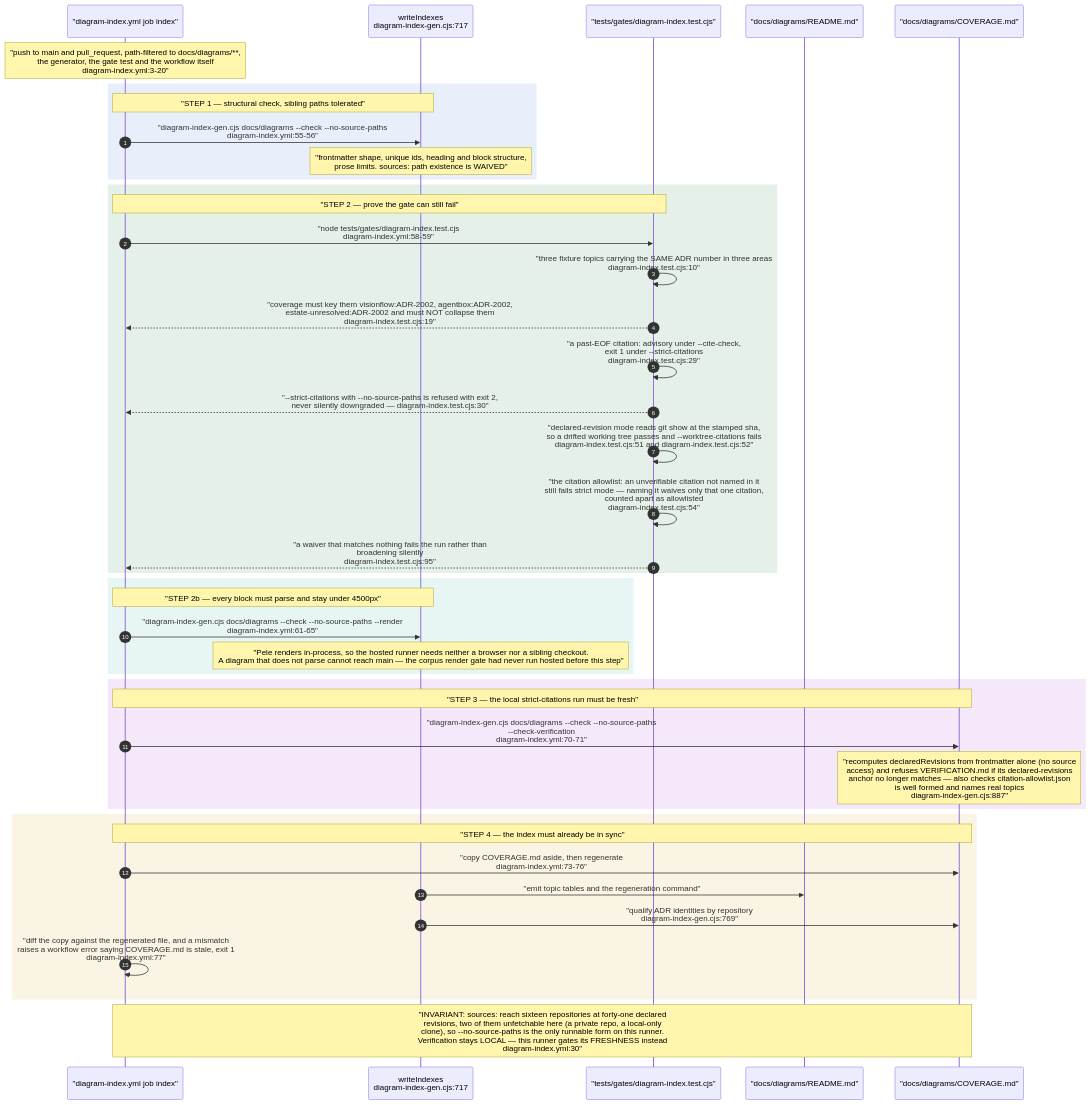
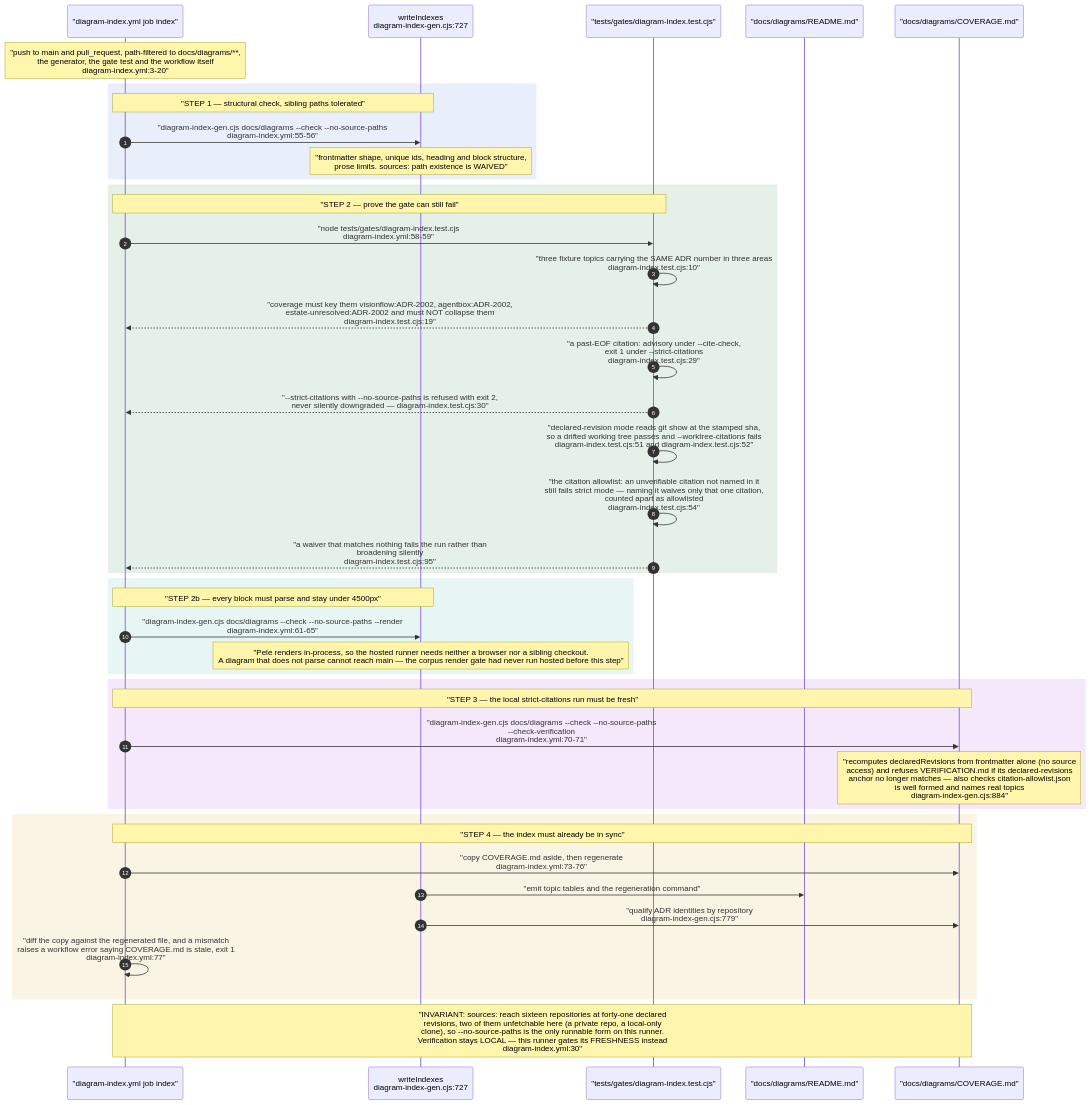
Diagram 12 of 15 in docs/diagrams/visionflow/06-diagram-tooling.md (DreamLab-AI/VisionFlow), drawn with Mermaid before and after one commit. The commit also changed other lines of this file and 142 other files, not shown here.

First line of the commit message:
docs(diagrams): one System One route; re-verify 140 topics at today's heads

````diff
--- a/docs/diagrams/visionflow/06-diagram-tooling.md
+++ b/docs/diagrams/visionflow/06-diagram-tooling.md
@@ -362,51 +363,51 @@
 ```mermaid
 sequenceDiagram
     autonumber
     participant CI as "diagram-index.yml job index"
-    participant G as writeIndexes<br/>diagram-index-gen.cjs:717
+    participant G as writeIndexes<br/>diagram-index-gen.cjs:727
     participant T as "tests/gates/diagram-index.test.cjs"
     participant RM as "docs/diagrams/README.md"
     participant CV as "docs/diagrams/COVERAGE.md"
 
     Note over CI: "push to main and pull_request, path-filtered to docs/diagrams/**,<br/>the generator, the gate test and the workflow itself<br/>diagram-index.yml:3-20"
 
     rect rgb(232, 238, 250)
     Note over CI,G: "STEP 1 — structural check, sibling paths tolerated"
     CI->>G: "diagram-index-gen.cjs docs/diagrams --check --no-source-paths<br/>diagram-index.yml:55-56"
     Note over G: "frontmatter shape, unique ids, heading and block structure,<br/>prose limits. sources: path existence is WAIVED"
     end
 
     rect rgb(228, 240, 232)
     Note over CI,T: "STEP 2 — prove the gate can still fail"
     CI->>T: "node tests/gates/diagram-index.test.cjs<br/>diagram-index.yml:58-59"
     T->>T: "three fixture topics carrying the SAME ADR number in three areas<br/>diagram-index.test.cjs:10"
     T-->>CI: "coverage must key them visionflow:ADR-2002, agentbox:ADR-2002,<br/>estate-unresolved:ADR-2002 and must NOT collapse them<br/>diagram-index.test.cjs:19"
     T->>T: "a past-EOF citation: advisory under --cite-check,<br/>exit 1 under --strict-citations<br/>diagram-index.test.cjs:29"
     T-->>CI: "--strict-citations with --no-source-paths is refused with exit 2,<br/>never silently downgraded — diagram-index.test.cjs:30"
     T->>T: "declared-revision mode reads git show at the stamped sha,<br/>so a drifted working tree passes and --worktree-citations fails<br/>diagram-index.test.cjs:51 and diagram-index.test.cjs:52"
     T->>T: "the citation allowlist: an unverifiable citation not named in it<br/>still fails strict mode — naming it waives only that one citation,<br/>counted apart as allowlisted<br/>diagram-index.test.cjs:54"
     T-->>CI: "a waiver that matches nothing fails the run rather than<br/>broadening silently<br/>diagram-index.test.cjs:95"
     end
 
     rect rgb(232, 245, 245)
     Note over CI,G: "STEP 2b — every block must parse and stay under 4500px"
     CI->>G: "diagram-index-gen.cjs docs/diagrams --check --no-source-paths --render<br/>diagram-index.yml:61-65"
     Note over G: "Pele renders in-process, so the hosted runner needs neither a browser nor a sibling checkout.<br/>A diagram that does not parse cannot reach main — the corpus render gate had never run hosted before this step"
     end
 
     rect rgb(245, 232, 250)
     Note over CI,CV: "STEP 3 — the local strict-citations run must be fresh"
     CI->>CV: "diagram-index-gen.cjs docs/diagrams --check --no-source-paths<br/>--check-verification<br/>diagram-index.yml:70-71"
-    Note over CV: "recomputes declaredRevisions from frontmatter alone (no source<br/>access) and refuses VERIFICATION.md if its declared-revisions<br/>anchor no longer matches — also checks citation-allowlist.json<br/>is well formed and names real topics<br/>diagram-index-gen.cjs:887"
+    Note over CV: "recomputes declaredRevisions from frontmatter alone (no source<br/>access) and refuses VERIFICATION.md if its declared-revisions<br/>anchor no longer matches — also checks citation-allowlist.json<br/>is well formed and names real topics<br/>diagram-index-gen.cjs:884"
     end
 
     rect rgb(250, 244, 228)
     Note over CI,CV: "STEP 4 — the index must already be in sync"
     CI->>CV: "copy COVERAGE.md aside, then regenerate<br/>diagram-index.yml:73-76"
     G->>RM: "emit topic tables and the regeneration command"
-    G->>CV: "qualify ADR identities by repository<br/>diagram-index-gen.cjs:769"
+    G->>CV: "qualify ADR identities by repository<br/>diagram-index-gen.cjs:779"
     CI->>CI: "diff the copy against the regenerated file, and a mismatch<br/>raises a workflow error saying COVERAGE.md is stale, exit 1<br/>diagram-index.yml:77"
     end
 
     Note over CI,CV: "INVARIANT: sources: reach sixteen repositories at forty-one declared<br/>revisions, two of them unfetchable here (a private repo, a local-only<br/>clone), so --no-source-paths is the only runnable form on this runner.<br/>Verification stays LOCAL — this runner gates its FRESHNESS instead<br/>diagram-index.yml:30"
 ```
````
